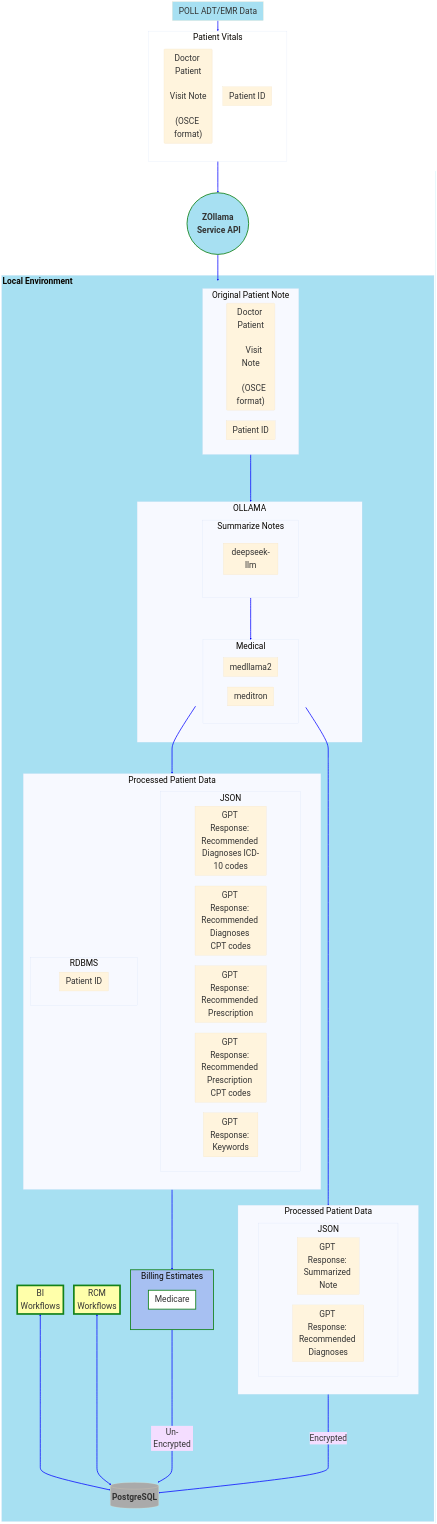
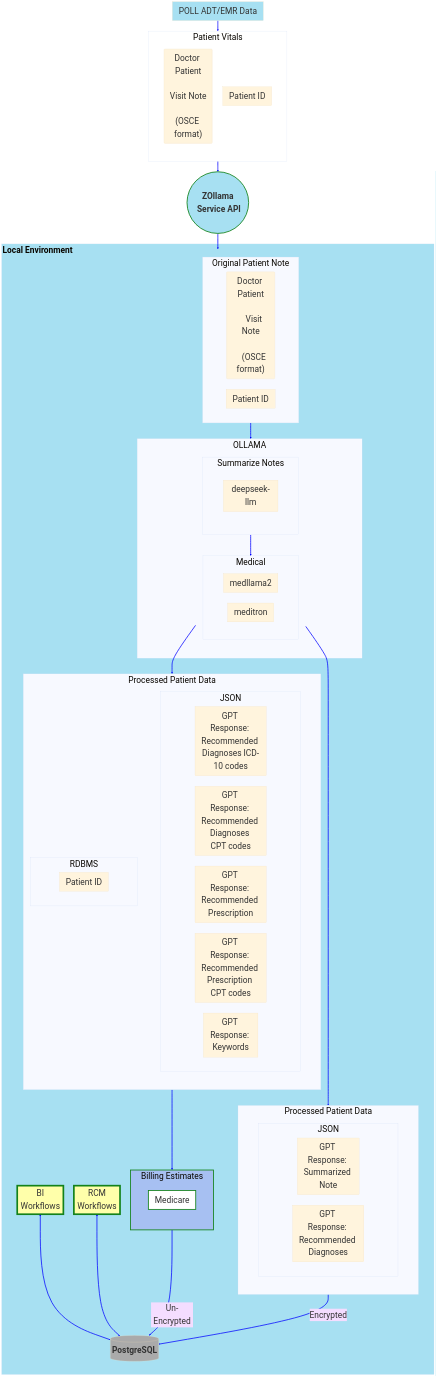
Before and after one commit to ovaisq/LLM-MedBillingForecast: the third of 4 diagrams in README.md, drawn with Mermaid.

Commit message:
updated diagram

```diff
--- a/README.md
+++ b/README.md
@@ -126,13 +126,13 @@
     ZZ(("`**ZOllama
     &nbsp&nbsp&nbsp&nbspService&nbspAPI**`"&nbsp&nbsp&nbsp))
 
-    EMRADT ==> PV ====> ZZ ===> PVO
-    PVO ====> OLLAMA
-    Med ===> PPD ==> BILLING ==Un-Encrypted=====> PSQL
-    Med ==> EPPD ==Encrypted=====> PSQL
-    Summary ===> Med
-    BI <=====> PSQL
-    RM <=====> PSQL
+    EMRADT ==> PV ==> ZZ ==> PVO
+    PVO ==> OLLAMA
+    Med ==> PPD ==> BILLING ==Un-Encrypted==> PSQL
+    Med ==> EPPD ==Encrypted==> PSQL
+    Summary ==> Med
+    BI <==> PSQL
+    RM <==> PSQL
 
 
     subgraph PV["Patient&nbspVitals"]
```
